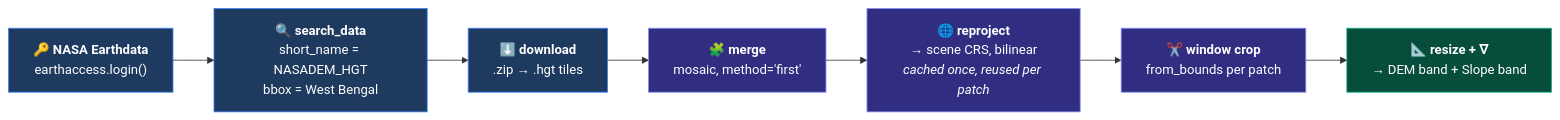
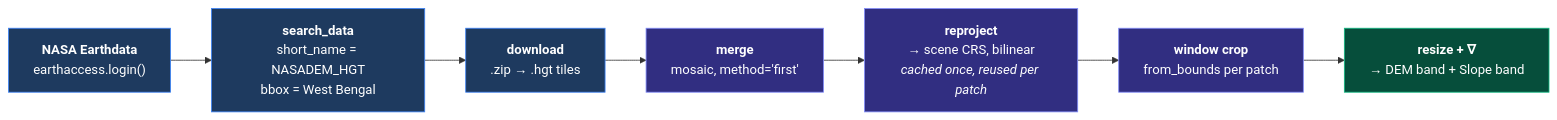
Before and after one commit to AbhayKale332/sar-flood-seg: the second of 6 diagrams in README.md, drawn with Mermaid. The commit also changed other lines of this file, not shown here.

````diff
--- a/README.md
+++ b/README.md
@@ -189,16 +180,16 @@
 ```mermaid
 flowchart LR
-    A["🔑 <b>NASA Earthdata</b><br/>earthaccess.login()"] --> B["🔍 <b>search_data</b><br/>short_name = NASADEM_HGT<br/>bbox = West Bengal"]
-    B --> C["⬇️ <b>download</b><br/>.zip → .hgt tiles"]
-    C --> D["🧩 <b>merge</b><br/>mosaic, method='first'"]
-    D --> E["🌐 <b>reproject</b><br/>→ scene CRS, bilinear<br/><i>cached once, reused per patch</i>"]
-    E --> F["✂️ <b>window crop</b><br/>from_bounds per patch"]
-    F --> G["📐 <b>resize + ∇</b><br/>→ DEM band + Slope band"]
+    A["<b>NASA Earthdata</b><br/>earthaccess.login()"] --> B["<b>search_data</b><br/>short_name = NASADEM_HGT<br/>bbox = West Bengal"]
+    B --> C["<b>download</b><br/>.zip → .hgt tiles"]
+    C --> D["<b>merge</b><br/>mosaic, method='first'"]
+    D --> E["<b>reproject</b><br/>→ scene CRS, bilinear<br/><i>cached once, reused per patch</i>"]
+    E --> F["<b>window crop</b><br/>from_bounds per patch"]
+    F --> G["<b>resize + ∇</b><br/>→ DEM band + Slope band"]
 
     classDef ext fill:#1E3A5F,stroke:#3B82F6,color:#fff
     classDef proc fill:#312E81,stroke:#818CF8,color:#fff
     classDef out fill:#064E3B,stroke:#10B981,color:#fff
     class A,B,C ext
     class D,E,F proc
     class G out
 ```
````
